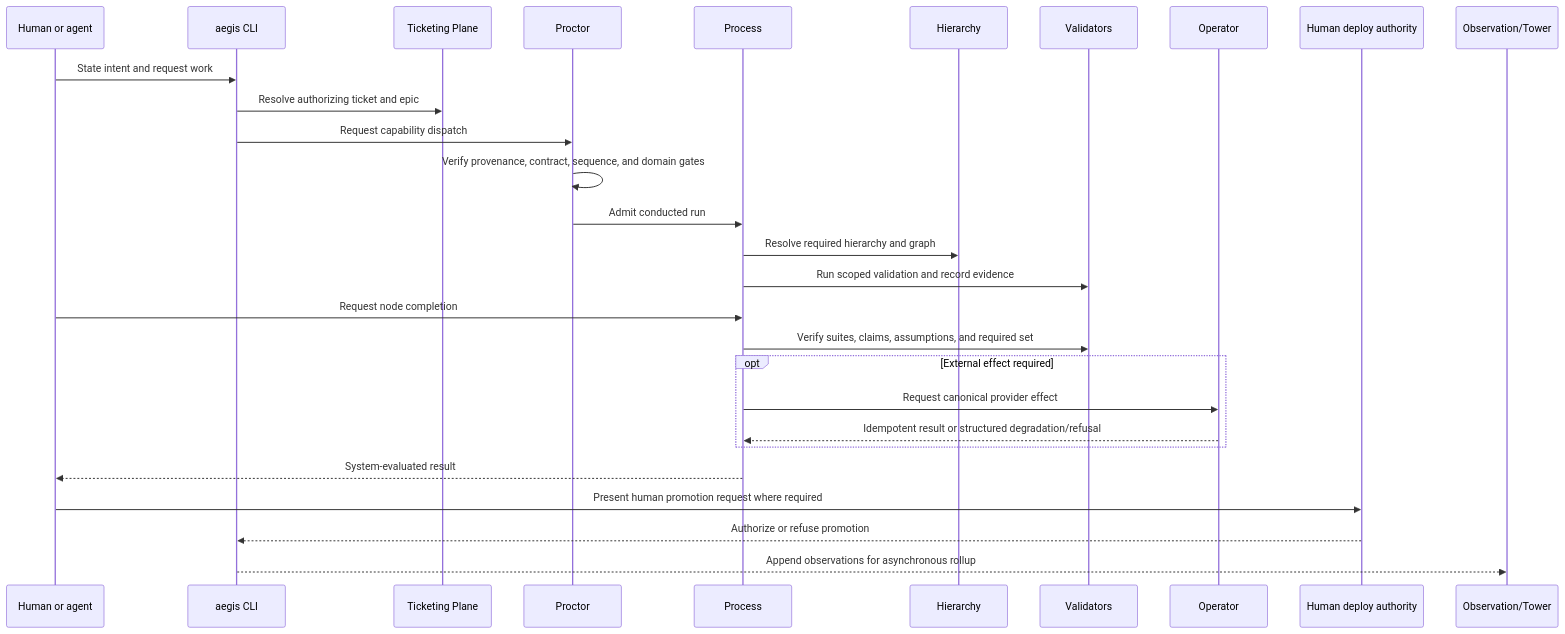
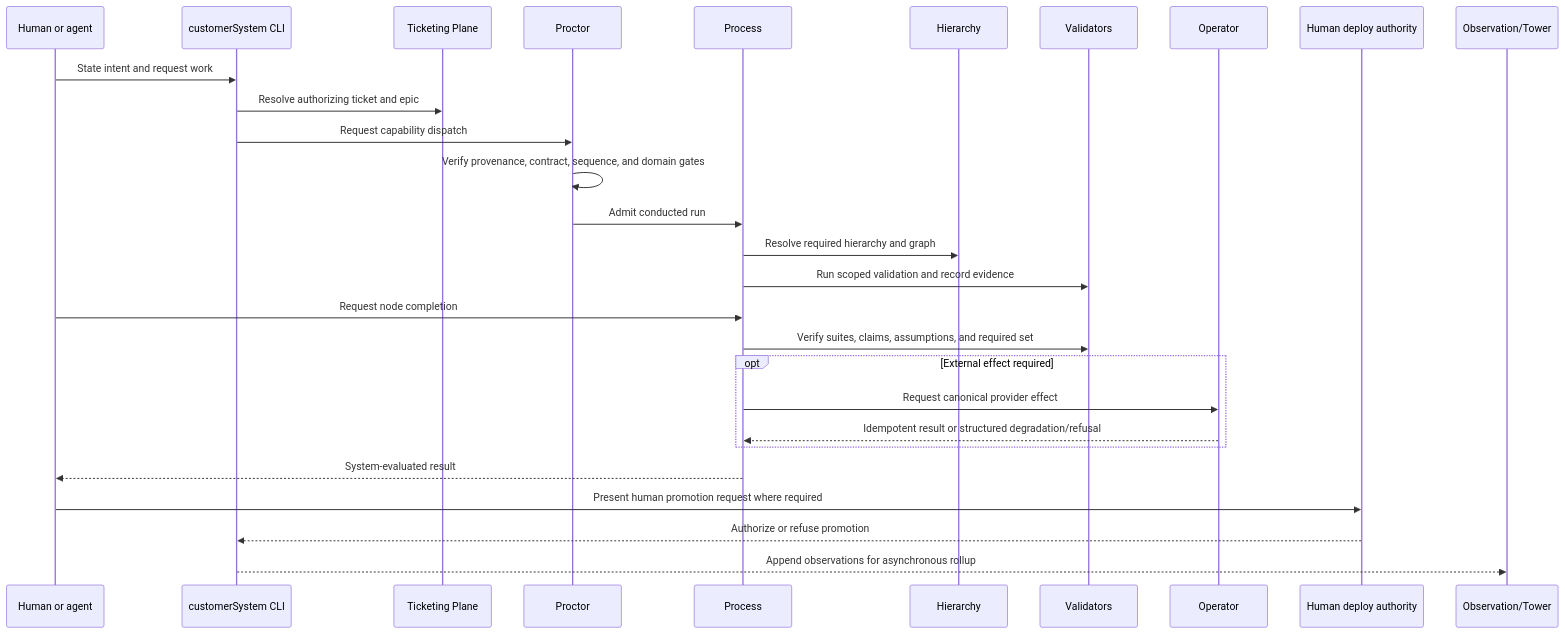
One commit to Bayly-AI/HATH0R-Agentic-Framework changed the first of 2 diagrams in archive/docs/business/04-operating-model.md. Above: the diagram before and after it, drawn with Mermaid. The commit also changed other lines of this file and 126 other files, not shown here.

````diff
--- a/archive/docs/business/04-operating-model.md
+++ b/archive/docs/business/04-operating-model.md
@@ -95,31 +95,31 @@
 ```mermaid
 sequenceDiagram
   participant U as Human or agent
-  participant C as aegis CLI
+  participant C as customerSystem CLI
   participant T as Ticketing Plane
   participant P as Proctor
   participant R as Process
   participant H as Hierarchy
   participant V as Validators
   participant O as Operator
   participant D as Human deploy authority
   participant B as Observation/Tower
 
   U->>C: State intent and request work
   C->>T: Resolve authorizing ticket and epic
   C->>P: Request capability dispatch
   P->>P: Verify provenance, contract, sequence, and domain gates
   P->>R: Admit conducted run
   R->>H: Resolve required hierarchy and graph
   R->>V: Run scoped validation and record evidence
   U->>R: Request node completion
   R->>V: Verify suites, claims, assumptions, and required set
   opt External effect required
     R->>O: Request canonical provider effect
     O-->>R: Idempotent result or structured degradation/refusal
   end
   R-->>U: System-evaluated result
   U->>D: Present human promotion request where required
   D-->>C: Authorize or refuse promotion
   C-->>B: Append observations for asynchronous rollup
 ```
````
